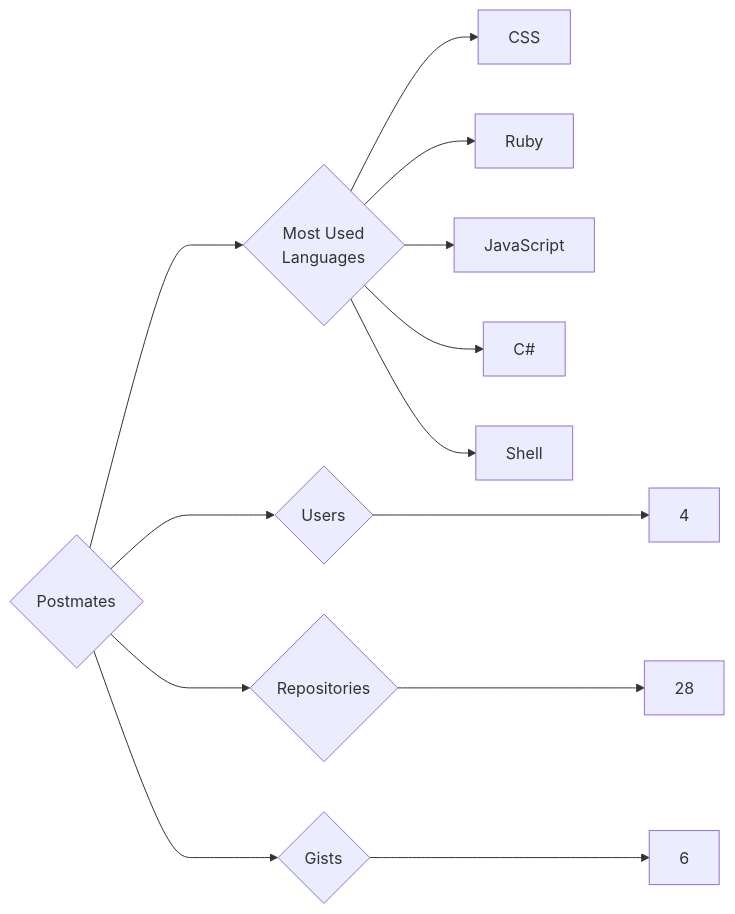
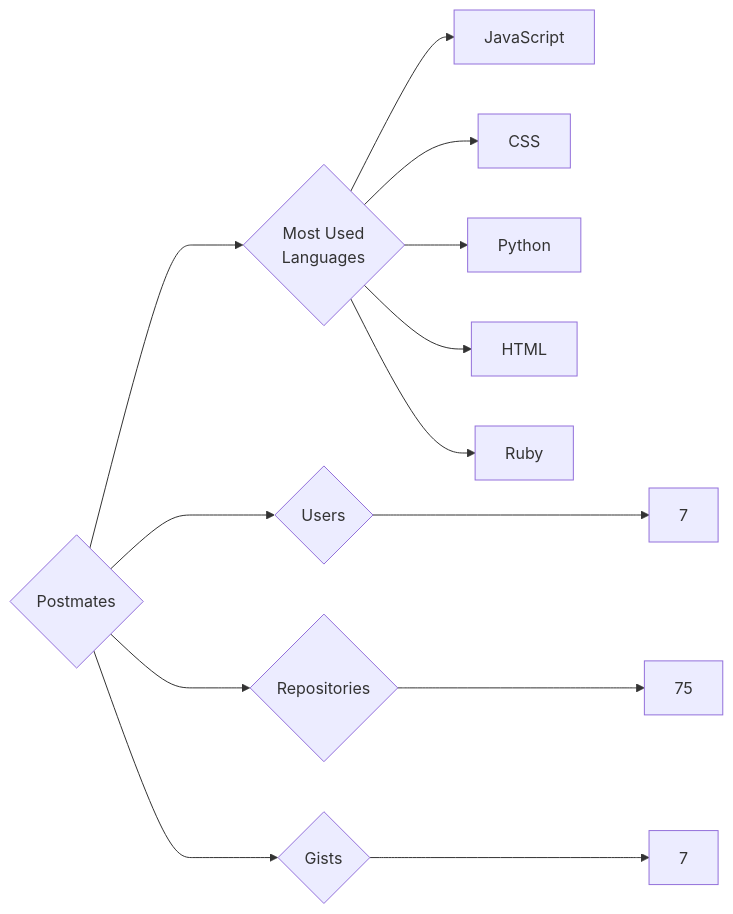
One commit to trickest/insiders changed the diagram in targets/Postmates/README.md. Above: the diagram before and after it, drawn with Mermaid. The commit also changed 860 other files, not shown here.

````diff
--- a/targets/Postmates/README.md
+++ b/targets/Postmates/README.md
@@ -3,13 +3,13 @@
 ```mermaid
 graph LR
 COMPANY_NAME{Postmates}
-COMPANY_NAME ---> U{Users} ---> UN[4]
-COMPANY_NAME ---> R{Repositories} ---> RN[28]
-COMPANY_NAME ---> G{Gists} ---> GN[6]
+COMPANY_NAME ---> U{Users} ---> UN[7]
+COMPANY_NAME ---> R{Repositories} ---> RN[75]
+COMPANY_NAME ---> G{Gists} ---> GN[7]
 COMPANY_NAME ---> ML{Most Used<br>Languages}
+ML --> JavaScript[JavaScript]
 ML --> CSS[CSS]
+ML --> Python[Python]
+ML --> HTML[HTML]
 ML --> Ruby[Ruby]
-ML --> JavaScript[JavaScript]
-ML --> C#[C#]
-ML --> Shell[Shell]
 ```
````
